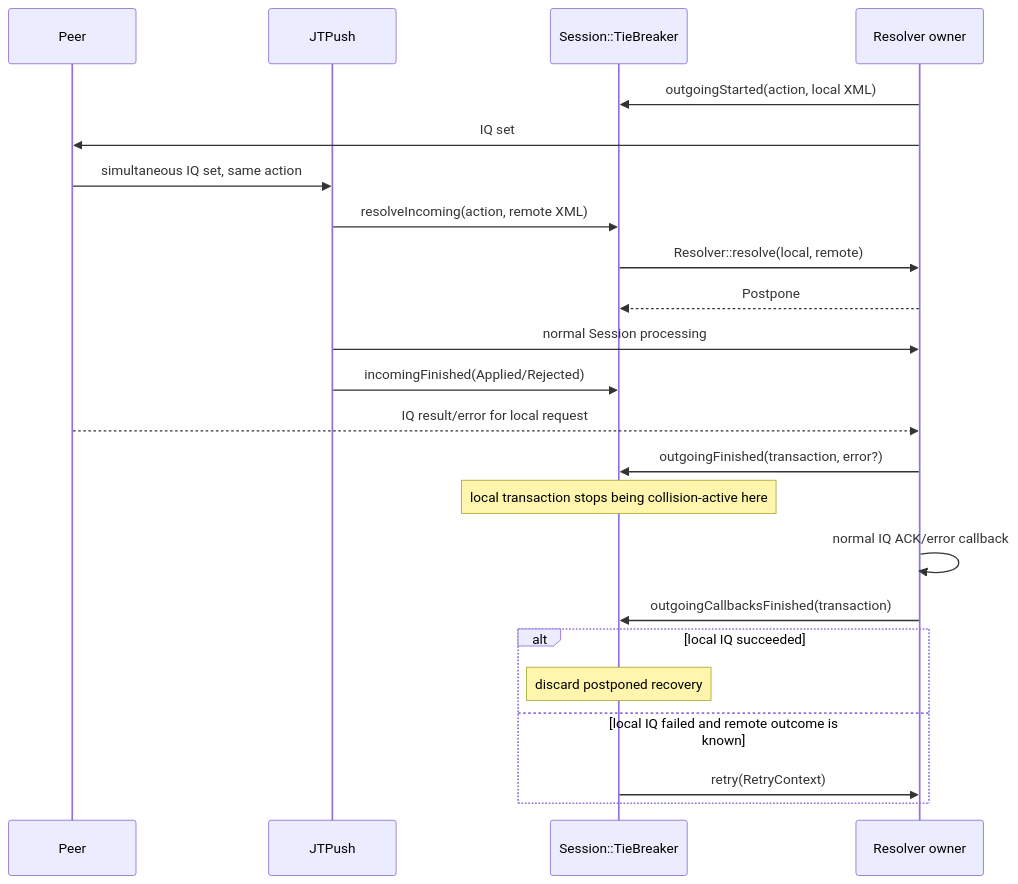
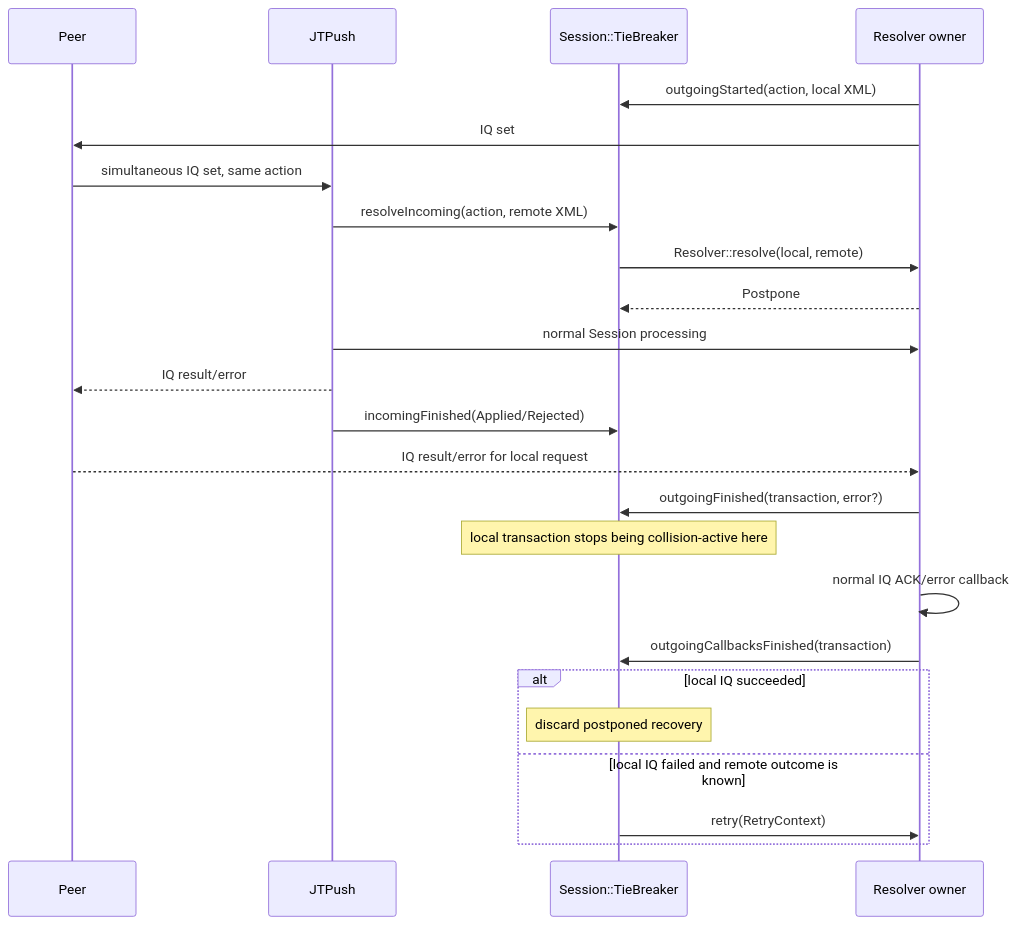
One commit to psi-im/iris changed the fourth of 12 diagrams in docs/jingle.md. Above: the diagram before and after it, drawn with Mermaid. The commit also changed other lines of this file and 69 other files, not shown here.

````diff
--- a/docs/jingle.md
+++ b/docs/jingle.md
@@ -260,27 +260,28 @@
 ```mermaid
 sequenceDiagram
     participant Peer
     participant Push as JTPush
     participant TB as Session::TieBreaker
     participant Owner as Resolver owner
 
     Owner->>TB: outgoingStarted(action, local XML)
     Owner->>Peer: IQ set
     Peer->>Push: simultaneous IQ set, same action
     Push->>TB: resolveIncoming(action, remote XML)
     TB->>Owner: Resolver::resolve(local, remote)
     Owner-->>TB: Postpone
     Push->>Owner: normal Session processing
+    Push-->>Peer: IQ result/error
     Push->>TB: incomingFinished(Applied/Rejected)
 
     Peer-->>Owner: IQ result/error for local request
     Owner->>TB: outgoingFinished(transaction, error?)
     Note over TB: local transaction stops being collision-active here
     Owner->>Owner: normal IQ ACK/error callback
     Owner->>TB: outgoingCallbacksFinished(transaction)
     alt local IQ succeeded
         Note over TB: discard postponed recovery
     else local IQ failed and remote outcome is known
         TB->>Owner: retry(RetryContext)
     end
 ```
````
